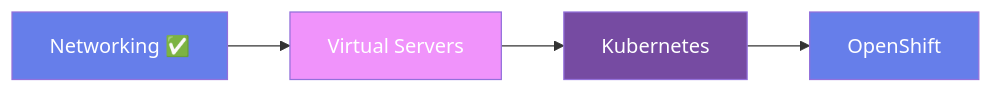
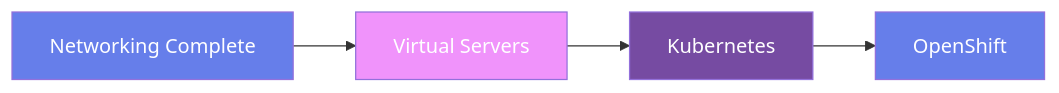
The third of 6 diagrams in docs-website/docs/learning-path.md (Khuzaima05/landing-zone-detailed), drawn with Mermaid before and after one commit. The commit also changed other lines of this file, not shown here.

Commit message:
fix: Correct Mermaid syntax errors in learning path diagrams

````diff
--- a/docs-website/docs/learning-path.md
+++ b/docs-website/docs/learning-path.md
@@ -66,10 +66,10 @@
 ```mermaid
 graph LR
-    A[Networking ✅] --> B[Virtual Servers]
-    B --> C[Kubernetes]
-    C --> D[OpenShift]
+    A["Networking Complete"] --> B["Virtual Servers"]
+    B --> C["Kubernetes"]
+    C --> D["OpenShift"]
     style A fill:#667eea,color:#fff
     style B fill:#f093fb,color:#fff
     style C fill:#764ba2,color:#fff
     style D fill:#667eea,color:#fff
 ```
````
